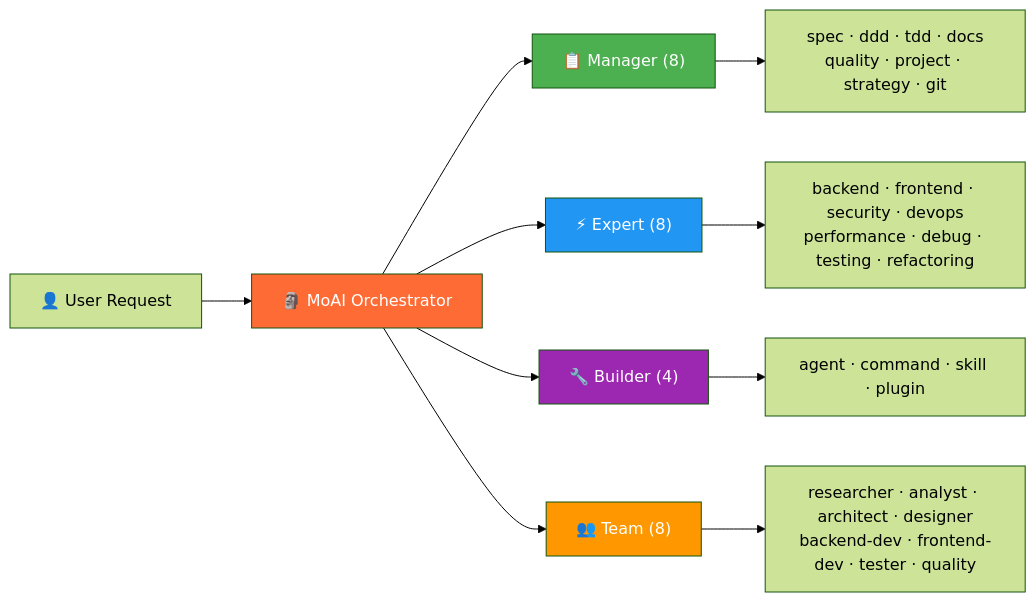
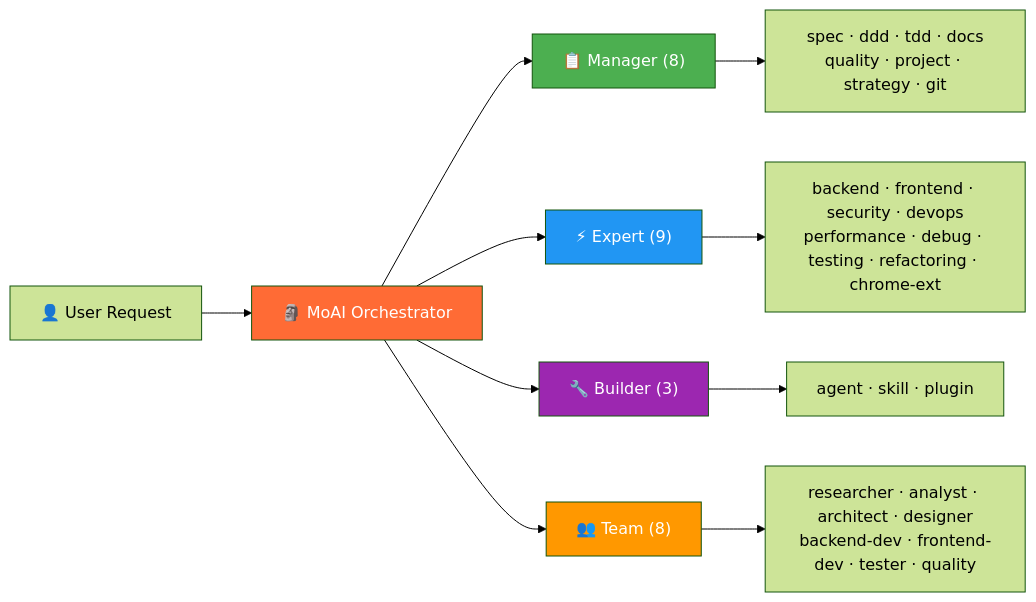
The third of 5 diagrams in README.md (modu-ai/moai-adk), drawn with Mermaid (forest theme) before and after one commit. The commit also changed other lines of this file and 3 other files, not shown here.

First line of the commit message:
docs: update README stats and architecture across all 4 languages

````diff
--- a/README.md
+++ b/README.md
@@ -200,20 +200,20 @@
 ```mermaid
 graph LR
     U["👤 User Request"] --> M["🗿 MoAI Orchestrator"]
 
     M --> MG["📋 Manager (8)"]
-    M --> EX["⚡ Expert (8)"]
-    M --> BL["🔧 Builder (4)"]
+    M --> EX["⚡ Expert (9)"]
+    M --> BL["🔧 Builder (3)"]
     M --> TM["👥 Team (8)"]
 
     MG --> MG1["spec · ddd · tdd · docs<br/>quality · project · strategy · git"]
-    EX --> EX1["backend · frontend · security · devops<br/>performance · debug · testing · refactoring"]
-    BL --> BL1["agent · command · skill · plugin"]
+    EX --> EX1["backend · frontend · security · devops<br/>performance · debug · testing · refactoring · chrome-ext"]
+    BL --> BL1["agent · skill · plugin"]
     TM --> TM1["researcher · analyst · architect · designer<br/>backend-dev · frontend-dev · tester · quality"]
 
     style M fill:#FF6B35,color:#fff
     style MG fill:#4CAF50,color:#fff
     style EX fill:#2196F3,color:#fff
     style BL fill:#9C27B0,color:#fff
     style TM fill:#FF9800,color:#fff
 ```
````
